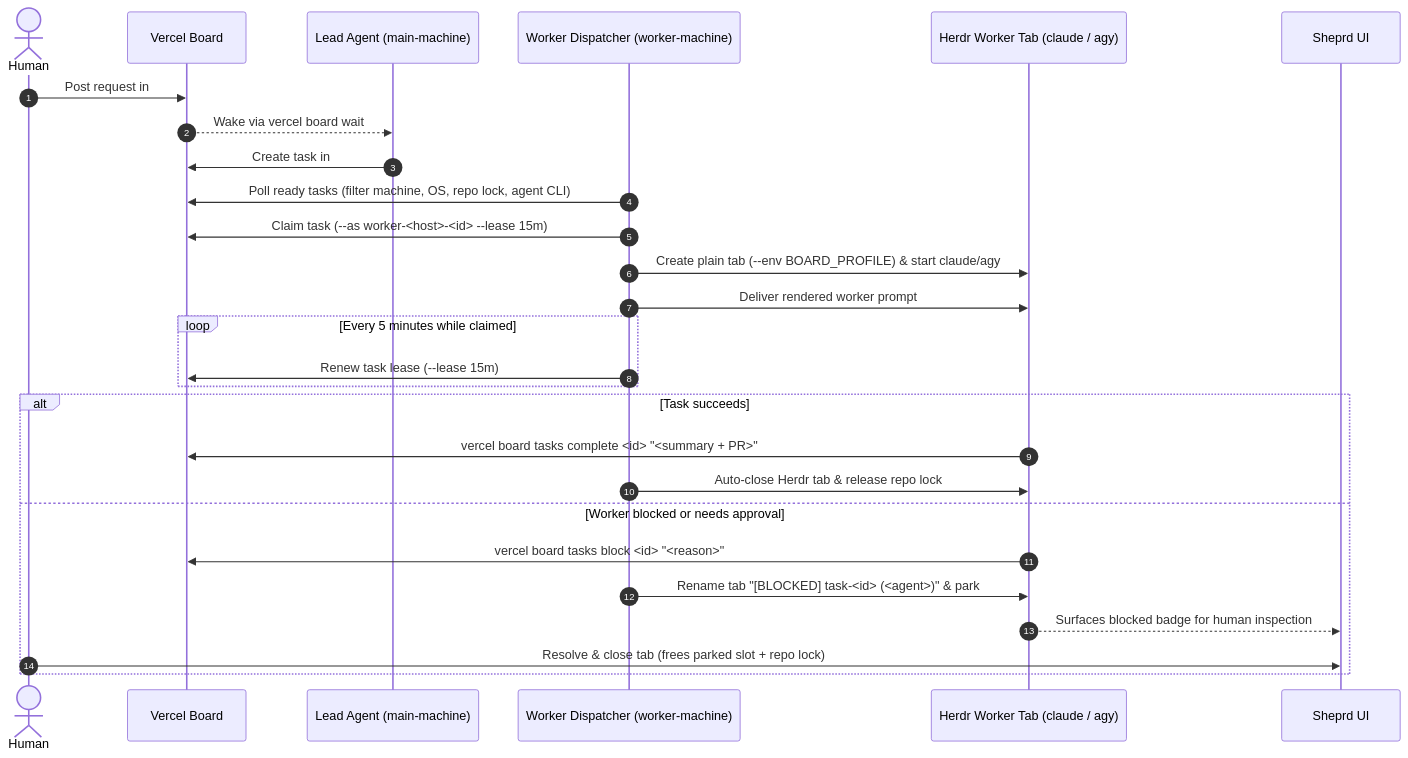
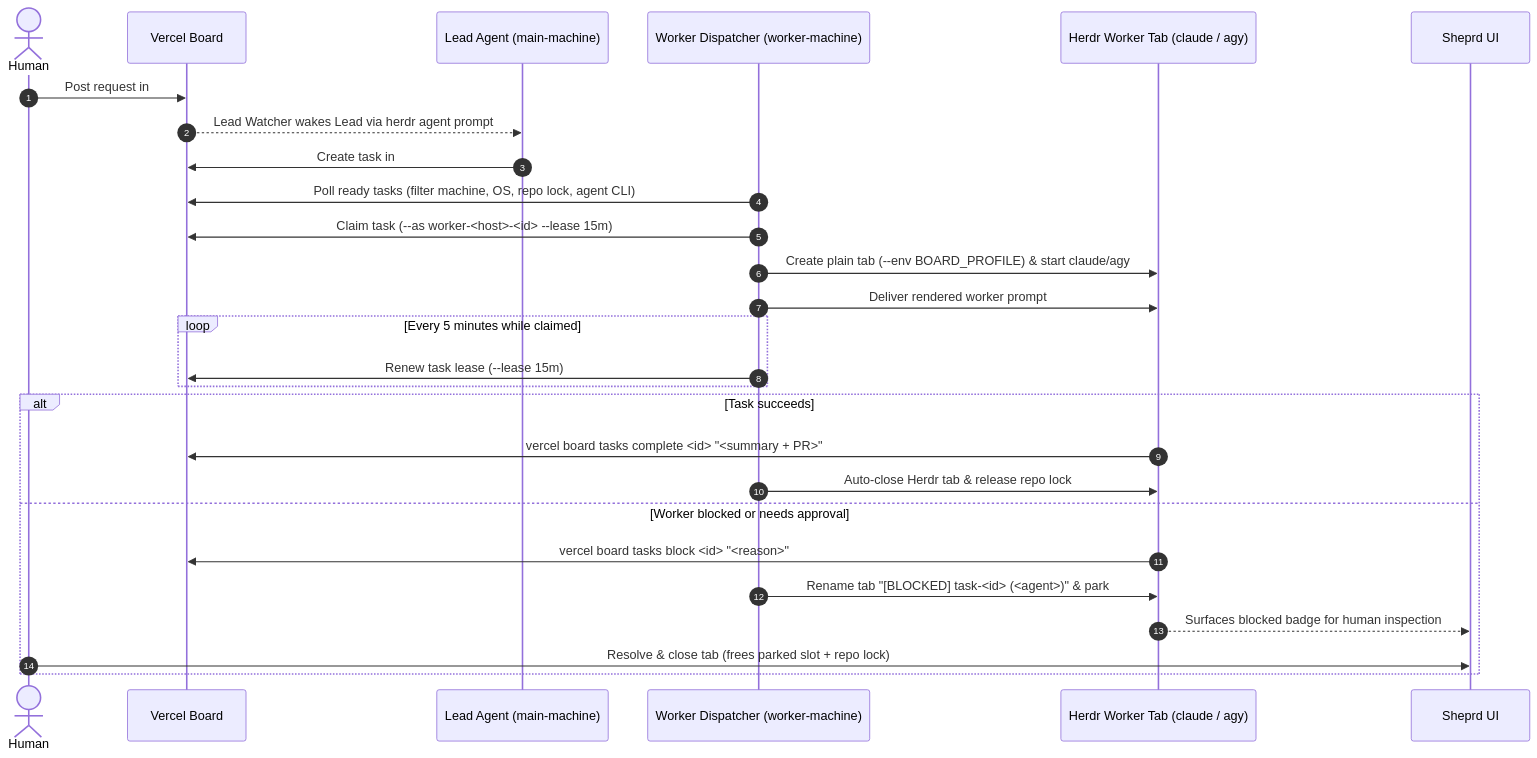
Before and after one commit to kodi/bordr-swarm: the second of 2 diagrams in docs/architecture.md, drawn with Mermaid. The commit also changed other lines of this file and 17 other files, not shown here.

````diff
--- a/docs/architecture.md
+++ b/docs/architecture.md
@@ -47,32 +49,32 @@
 ```mermaid
 sequenceDiagram
   autonumber
   actor Human
   participant Board as Vercel Board
   participant Lead as Lead Agent (main-machine)
   participant Disp as Worker Dispatcher (worker-machine)
   participant Herdr as Herdr Worker Tab (claude / agy)
   participant Sheprd as Sheprd UI
 
   Human->>Board: Post request in #inbox
-  Board-->>Lead: Wake via vercel board wait
+  Board-->>Lead: Lead Watcher wakes Lead via herdr agent prompt
   Lead->>Board: Create task in #projects/<slug> (labels: machine=, agent=)
   Disp->>Board: Poll ready tasks (filter machine, OS, repo lock, agent CLI)
   Disp->>Board: Claim task (--as worker-<host>-<id> --lease 15m)
   Disp->>Herdr: Create plain tab (--env BOARD_PROFILE) & start claude/agy
   Disp->>Herdr: Deliver rendered worker prompt
 
   loop Every 5 minutes while claimed
     Disp->>Board: Renew task lease (--lease 15m)
   end
 
   alt Task succeeds
     Herdr->>Board: vercel board tasks complete <id> "<summary + PR>"
     Disp->>Herdr: Auto-close Herdr tab & release repo lock
   else Worker blocked or needs approval
     Herdr->>Board: vercel board tasks block <id> "<reason>"
     Disp->>Herdr: Rename tab "[BLOCKED] task-<id> (<agent>)" & park
     Herdr-->>Sheprd: Surfaces blocked badge for human inspection
     Human->>Sheprd: Resolve & close tab (frees parked slot + repo lock)
   end
 ```
````
